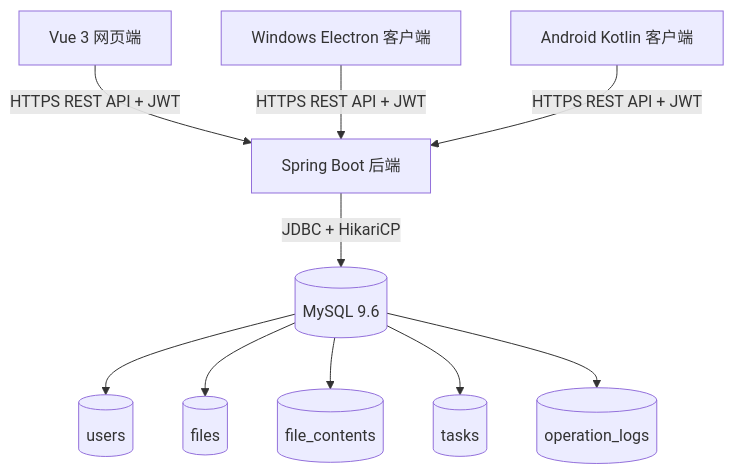
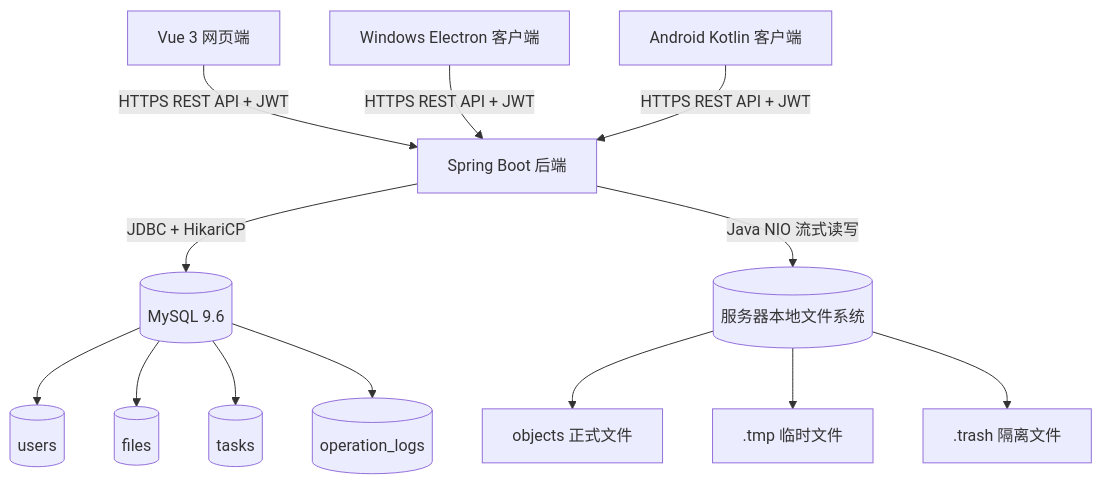
The first of 35 diagrams in 详细设计-流程图与类图.md (CNGM222/mycloud), drawn with Mermaid before and after one commit. The commit also changed other lines of this file and 56 other files, not shown here.

````diff
--- a/详细设计-流程图与类图.md
+++ b/详细设计-流程图与类图.md
@@ -20,12 +20,15 @@
 ```mermaid
 flowchart TD
     Web[Vue 3 网页端] -->|HTTPS REST API + JWT| Backend[Spring Boot 后端]
     Win[Windows Electron 客户端] -->|HTTPS REST API + JWT| Backend
     Android[Android Kotlin 客户端] -->|HTTPS REST API + JWT| Backend
     Backend -->|JDBC + HikariCP| MySQL[(MySQL 9.6)]
+    Backend -->|Java NIO 流式读写| Storage[(服务器本地文件系统)]
     MySQL --> Users[(users)]
     MySQL --> Files[(files)]
-    MySQL --> Contents[(file_contents)]
     MySQL --> Tasks[(tasks)]
     MySQL --> Logs[(operation_logs)]
+    Storage --> Objects[objects 正式文件]
+    Storage --> Temp[.tmp 临时文件]
+    Storage --> Trash[.trash 隔离文件]
 ```
````
